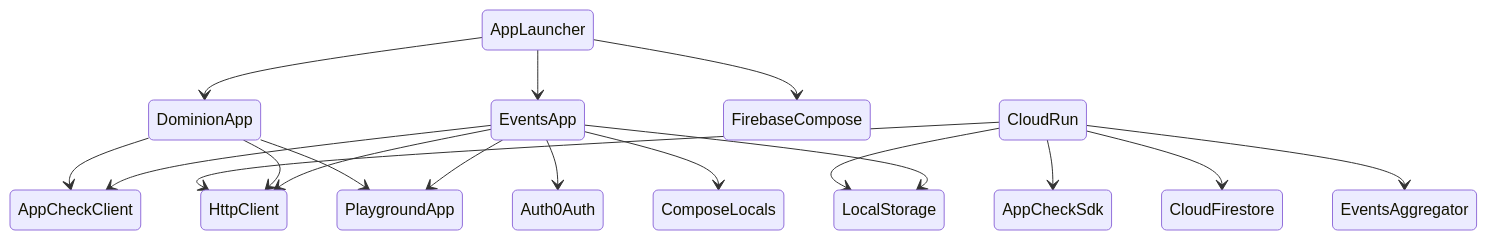
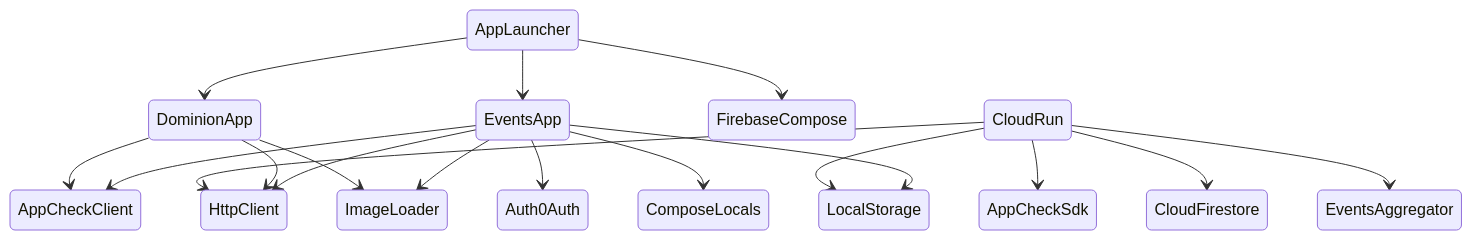
Before and after one commit to ashdavies/playground.ashdavies.dev: the diagram in README.md, drawn with Mermaid. The commit also changed 14 other files, not shown here.

Commit message:
Refactor playground-app module as image-loader

````diff
--- a/README.md
+++ b/README.md
@@ -44,23 +44,23 @@
 ```mermaid
 stateDiagram-v2
     AppLauncher --> DominionApp
     AppLauncher --> EventsApp
     AppLauncher --> FirebaseCompose
 
     CloudRun --> AppCheckSdk
     CloudRun --> CloudFirestore
     CloudRun --> EventsAggregator
     CloudRun --> HttpClient
     CloudRun --> LocalStorage
 
     DominionApp --> AppCheckClient
     DominionApp --> HttpClient
-    DominionApp --> PlaygroundApp
+    DominionApp --> ImageLoader
 
     EventsApp --> AppCheckClient
     EventsApp --> Auth0Auth
     EventsApp --> ComposeLocals
     EventsApp --> HttpClient
+    EventsApp --> ImageLoader
     EventsApp --> LocalStorage
-    EventsApp --> PlaygroundApp
 ```
````
